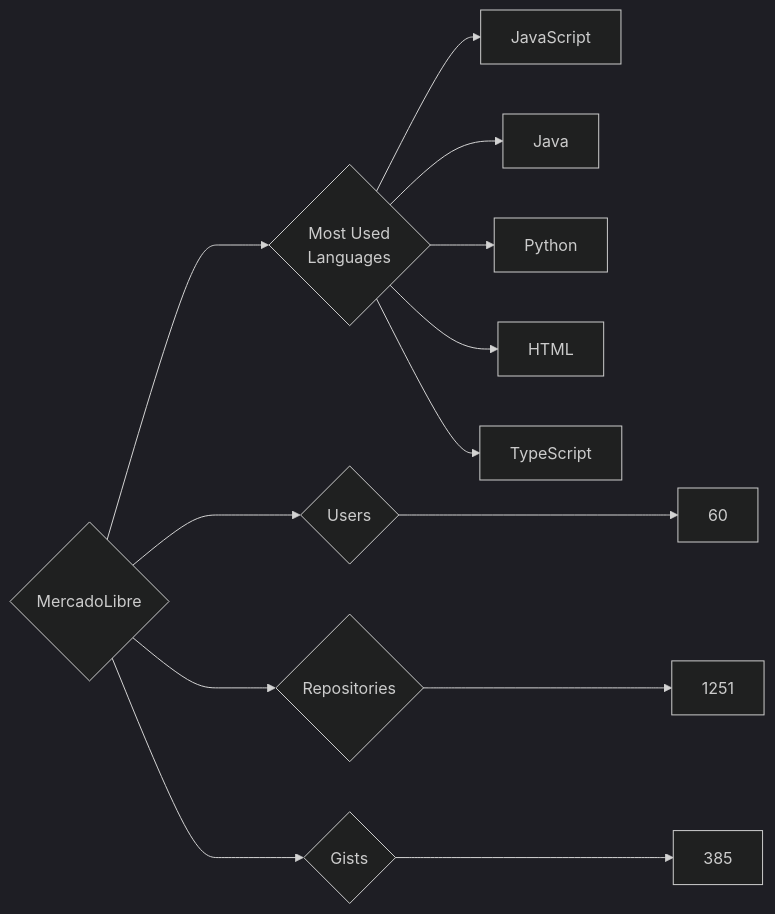
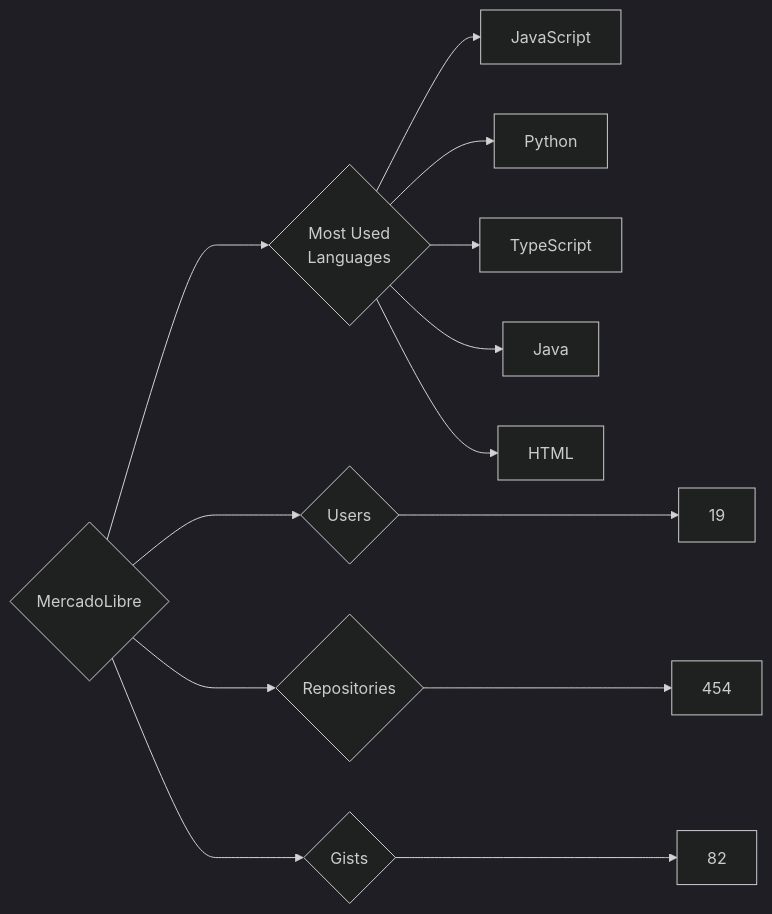
Before and after one commit to trickest/insiders: the diagram in targets/MercadoLibre/README.md, drawn with Mermaid (dark theme). The commit also changed 1508 other files, not shown here.

````diff
--- a/targets/MercadoLibre/README.md
+++ b/targets/MercadoLibre/README.md
@@ -3,13 +3,13 @@
 ```mermaid
 graph LR
 COMPANY_NAME{MercadoLibre}
-COMPANY_NAME ---> U{Users} ---> UN[60]
-COMPANY_NAME ---> R{Repositories} ---> RN[1251]
-COMPANY_NAME ---> G{Gists} ---> GN[385]
+COMPANY_NAME ---> U{Users} ---> UN[19]
+COMPANY_NAME ---> R{Repositories} ---> RN[454]
+COMPANY_NAME ---> G{Gists} ---> GN[82]
 COMPANY_NAME ---> ML{Most Used<br>Languages}
 ML --> JavaScript[JavaScript]
+ML --> Python[Python]
+ML --> TypeScript[TypeScript]
 ML --> Java[Java]
-ML --> Python[Python]
 ML --> HTML[HTML]
-ML --> TypeScript[TypeScript]
 ```
````
